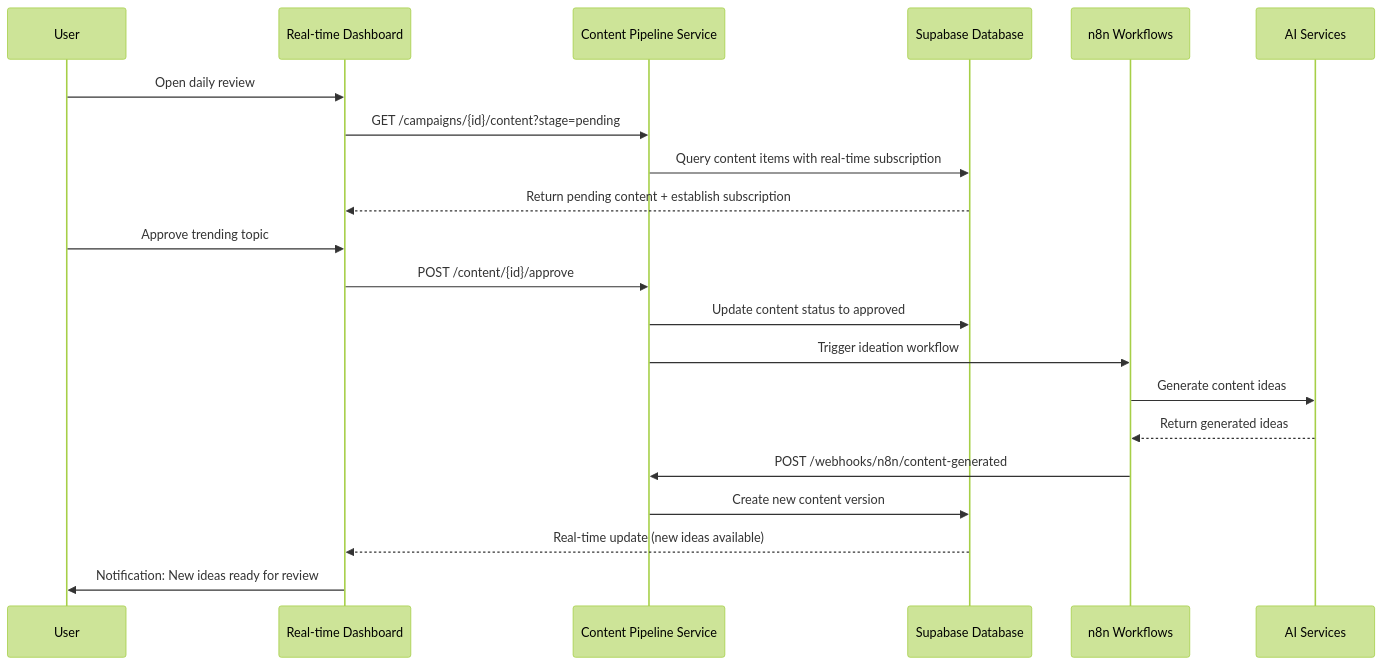
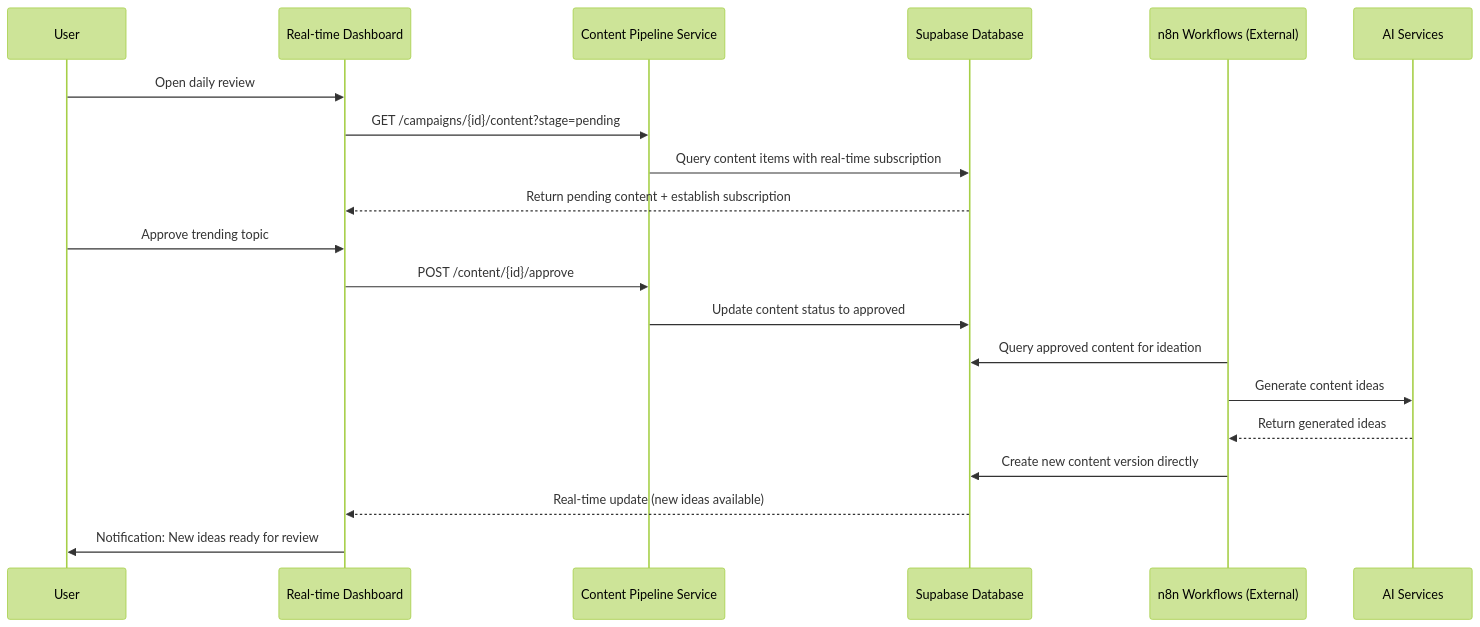
Before and after one commit to theaussie86/WA-Management: the first of 3 diagrams in docs/architecture/core-workflows.md, drawn with Mermaid (forest theme). The commit also changed other lines of this file and 5 other files, not shown here.

````diff
--- a/docs/architecture/core-workflows.md
+++ b/docs/architecture/core-workflows.md
@@ -7,26 +7,24 @@
 ```mermaid
 sequenceDiagram
     participant User
     participant Dashboard as Real-time Dashboard
     participant ContentAPI as Content Pipeline Service
     participant DB as Supabase Database
-    participant n8n as n8n Workflows
+    participant n8n as n8n Workflows (External)
 
     User->>Dashboard: Open daily review
     Dashboard->>ContentAPI: GET /campaigns/{id}/content?stage=pending
     ContentAPI->>DB: Query content items with real-time subscription
     DB-->>Dashboard: Return pending content + establish subscription
 
     User->>Dashboard: Approve trending topic
     Dashboard->>ContentAPI: POST /content/{id}/approve
     ContentAPI->>DB: Update content status to approved
-    ContentAPI->>n8n: Trigger ideation workflow
-
+    n8n->>DB: Query approved content for ideation
     n8n->>AI Services: Generate content ideas
     AI Services-->>n8n: Return generated ideas
-    n8n->>ContentAPI: POST /webhooks/n8n/content-generated
-    ContentAPI->>DB: Create new content version
+    n8n->>DB: Create new content version directly
     DB-->>Dashboard: Real-time update (new ideas available)
 
     Dashboard->>User: Notification: New ideas ready for review
 ```
````
